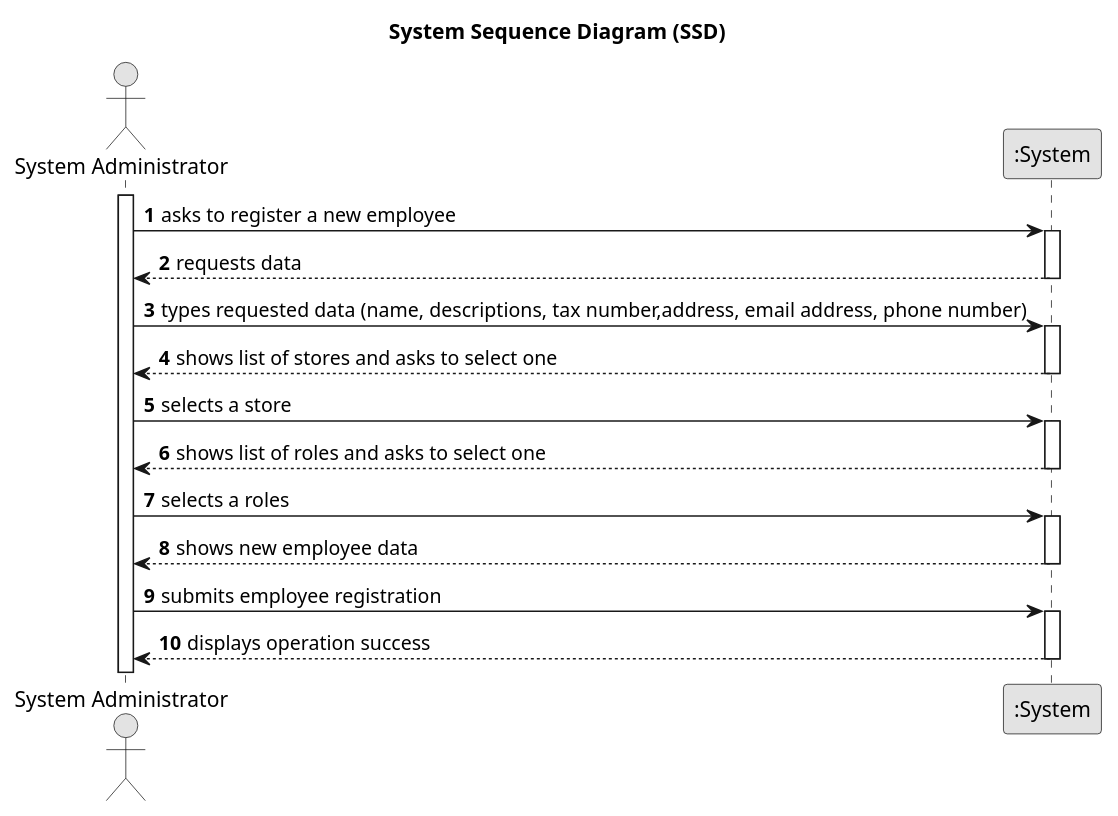
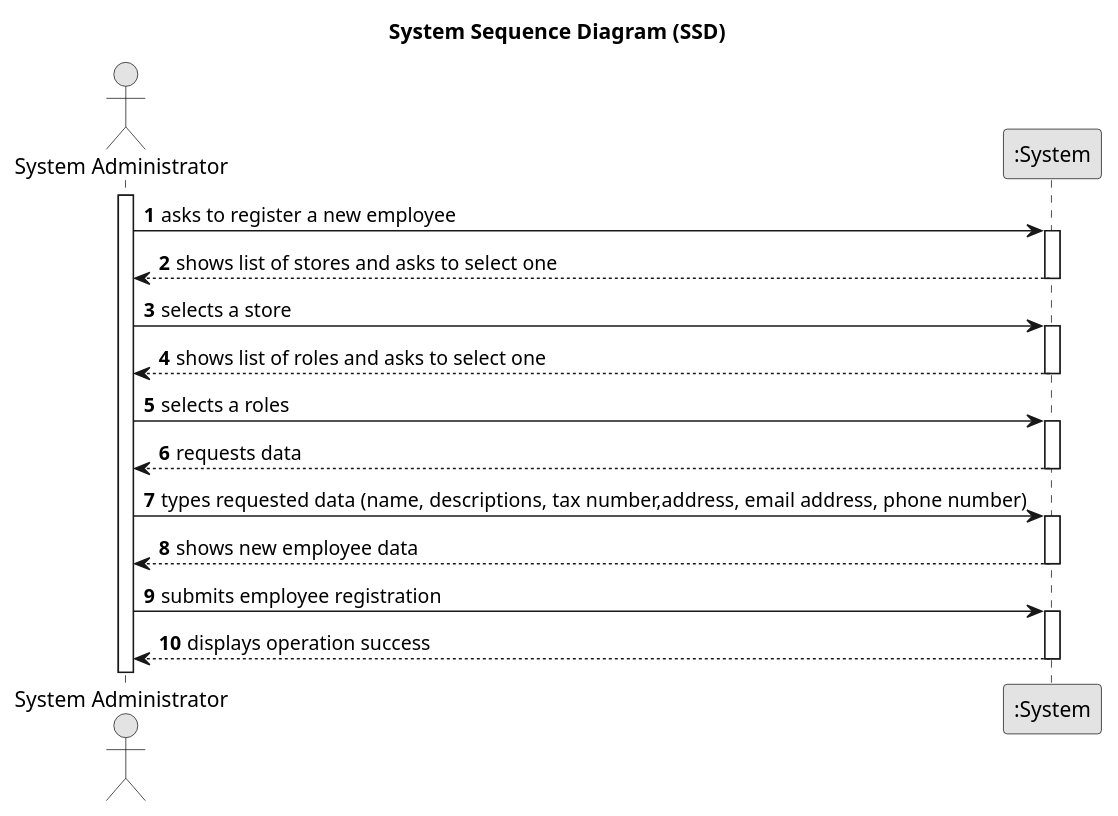
The diagram in lei-22-s2-1do-g68/docs/SprintB/us003/01.requirements-engineering/puml/us003-Sequence-diagram-alternative-one.puml (hugosilva2901/lei-22-s2-1DO-g68), drawn with PlantUML before and after one commit. The commit also changed 1 other file, not shown here.

```diff
--- a/lei-22-s2-1do-g68/docs/SprintB/us003/01.requirements-engineering/puml/us003-Sequence-diagram-alternative-one.puml
+++ b/lei-22-s2-1do-g68/docs/SprintB/us003/01.requirements-engineering/puml/us003-Sequence-diagram-alternative-one.puml
@@ -1,45 +1,46 @@
 @startuml
 skinparam monochrome true
 skinparam packageStyle rectangle
 skinparam shadowing false
 
 title System Sequence Diagram (SSD)
 
 autonumber
 actor "System Administrator" as Employee
 participant ":System" as System
 
 activate Employee
 
         Employee -> System : asks to register a new employee
     activate System
 
-        System --> Employee : requests data
-    deactivate System
-
-        Employee -> System : types requested data (name, descriptions, tax number,address, email address, phone number)
-    activate System
-
         System --> Employee : shows list of stores and asks to select one
     deactivate System
 
         Employee -> System : selects a store
     activate System
 
     System --> Employee : shows list of roles and asks to select one
         deactivate System
 
             Employee -> System : selects a roles
         activate System
 
+        System --> Employee : requests data
+    deactivate System
+
+        Employee -> System : types requested data (name, descriptions, tax number,address, email address, phone number)
+    activate System
+
+
         System --> Employee : shows new employee data
     deactivate System
 
         Employee -> System : submits employee registration
     activate System
 
         System --> Employee : displays operation success
     deactivate System
 
 
 @enduml
```
